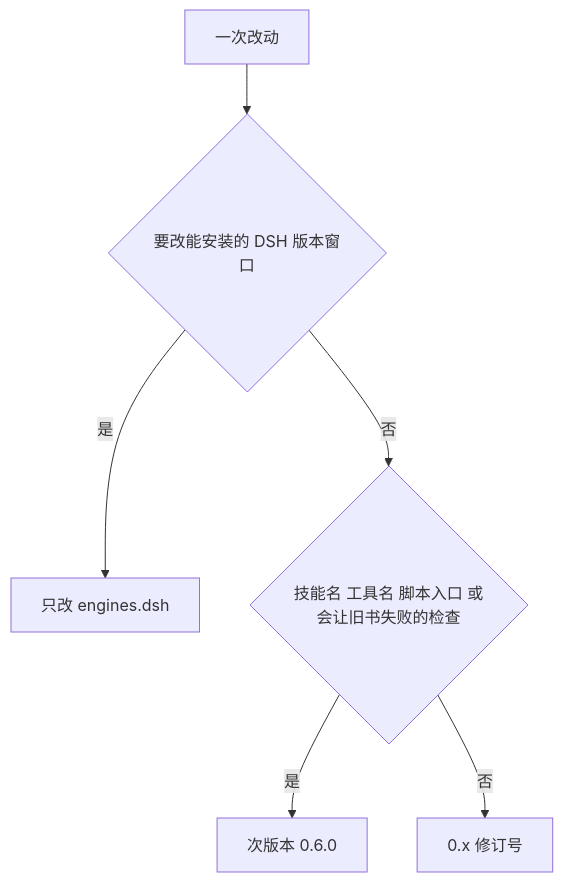
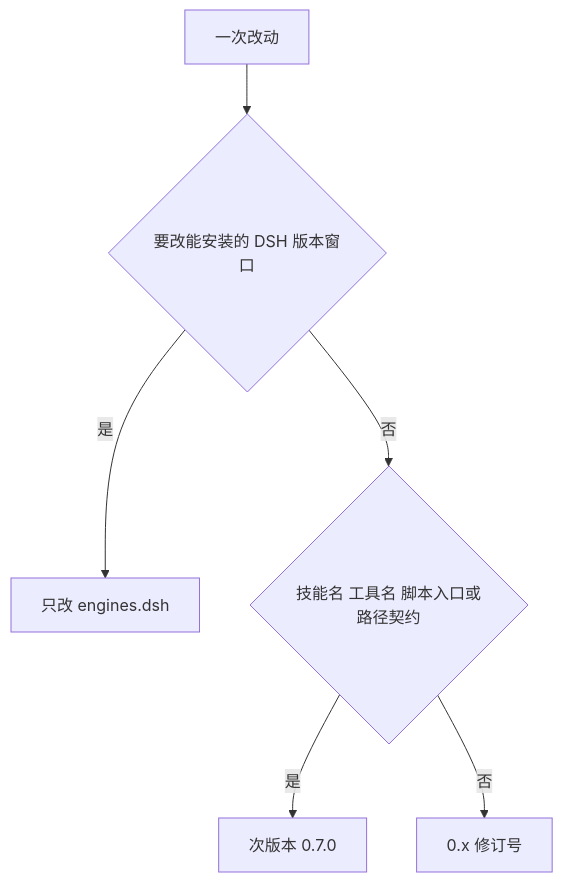
Before and after one commit to chengzhao-dev/dsh-quarto-book: the diagram in docs/versioning.md, drawn with Mermaid. The commit also changed other lines of this file and 12 other files, not shown here.

````diff
--- a/docs/versioning.md
+++ b/docs/versioning.md
@@ -28,8 +28,8 @@
 ```mermaid
 flowchart TD
   change[一次改动] --> host{要改能安装的 DSH 版本窗口}
   host -->|是| engines[只改 engines.dsh]
-  host -->|否| contract{技能名 工具名 脚本入口 或会让旧书失败的检查}
-  contract -->|是| minor[次版本 0.6.0]
+  host -->|否| contract{技能名 工具名 脚本入口或路径契约}
+  contract -->|是| minor[次版本 0.7.0]
   contract -->|否| patch[0.x 修订号]
 ```
````
